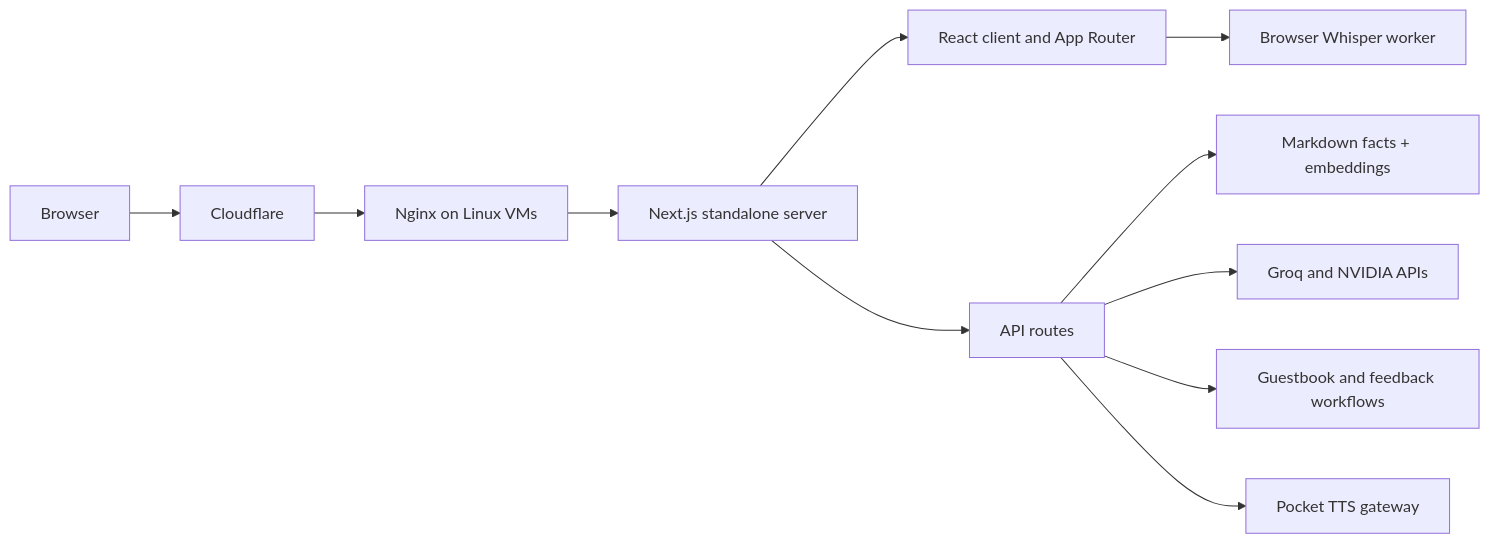
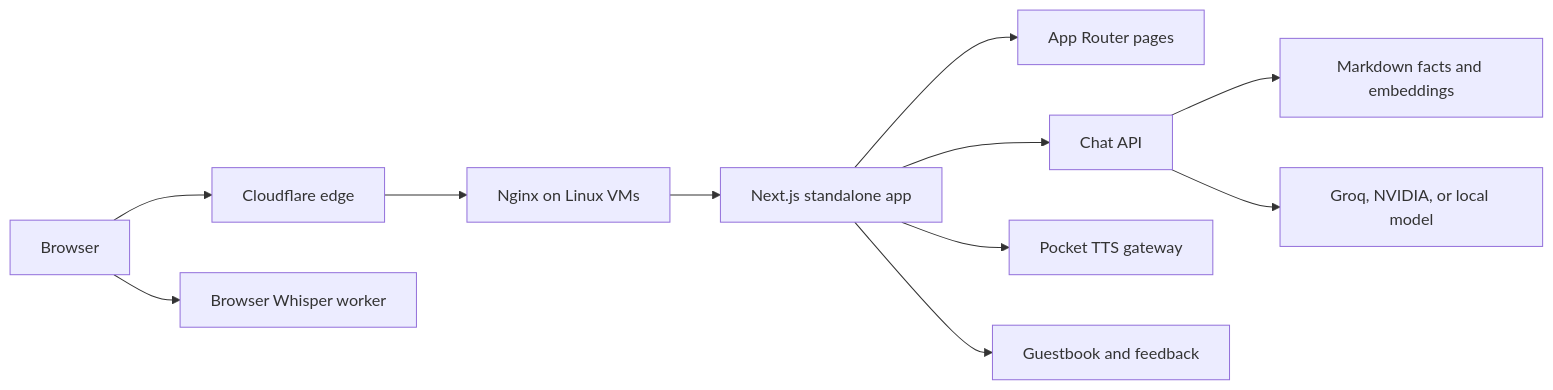
One commit to Dhruv-Mishra/portfolioWebsite changed the first of 2 diagrams in README.md. Above: the diagram before and after it, drawn with Mermaid. The commit also changed other lines of this file and 44 other files, not shown here.

````diff
--- a/README.md
+++ b/README.md
@@ -85,13 +90,13 @@
 ```mermaid
 flowchart LR
-	Browser[Browser] --> Edge[Cloudflare]
+	Browser[Browser] --> Edge[Cloudflare edge]
 	Edge --> Nginx[Nginx on Linux VMs]
-	Nginx --> Next[Next.js standalone server]
-	Next --> BrowserUI[React client and App Router]
-	Next --> Routes[API routes]
-	Routes --> Retrieval[Markdown facts + embeddings]
-	Routes --> Providers[Groq and NVIDIA APIs]
-	Routes --> GitHub[Guestbook and feedback workflows]
-	Routes --> TTS[Pocket TTS gateway]
-	BrowserUI --> Whisper[Browser Whisper worker]
+	Nginx --> App[Next.js standalone app]
+	App --> Pages[App Router pages]
+	App --> Chat[Chat API]
+	Chat --> Facts[Markdown facts and embeddings]
+	Chat --> Models[Groq, NVIDIA, or local model]
+	App --> TTS[Pocket TTS gateway]
+	App --> GitHub[Guestbook and feedback]
+	Browser --> Whisper[Browser Whisper worker]
 ```
````
